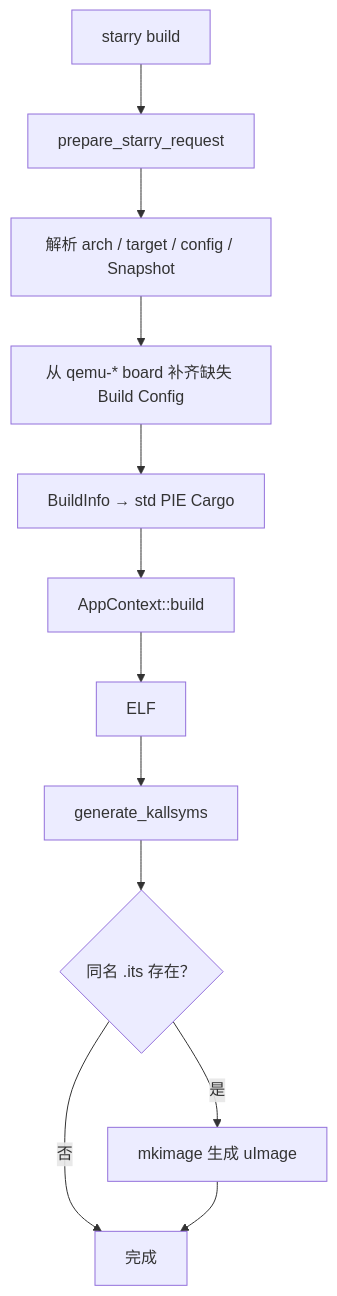
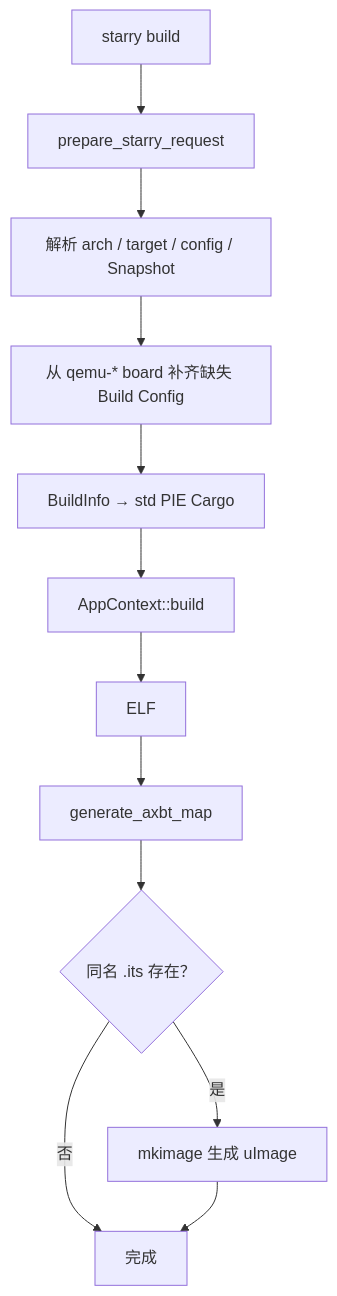
One commit to rcore-os/tgoskits changed the diagram in docs/docs/build/starry/build.md. Above: the diagram before and after it, drawn with Mermaid. The commit also changed other lines of this file and 121 other files, not shown here.

````diff
--- a/docs/docs/build/starry/build.md
+++ b/docs/docs/build/starry/build.md
@@ -14,14 +14,14 @@
 ```mermaid
 flowchart TD
     A["starry build"] --> B["prepare_starry_request"]
     B --> C["解析 arch / target / config / Snapshot"]
     C --> D["从 qemu-* board 补齐缺失 Build Config"]
     D --> E["BuildInfo → std PIE Cargo"]
     E --> F["AppContext::build"]
     F --> G["ELF"]
-    G --> H["generate_kallsyms"]
+    G --> H["generate_axbt_map"]
     H --> I{"同名 .its 存在？"}
     I -->|是| J["mkimage 生成 uImage"]
     I -->|否| K["完成"]
     J --> K
 ```
````
